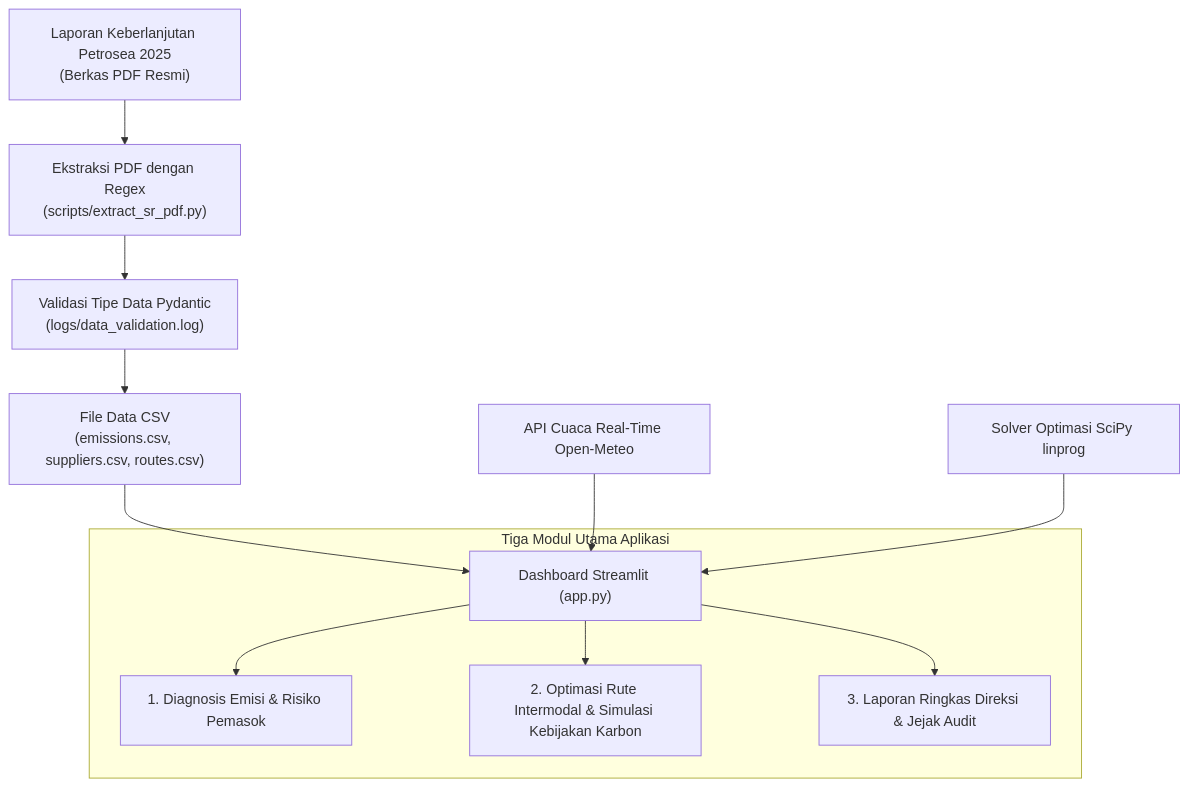
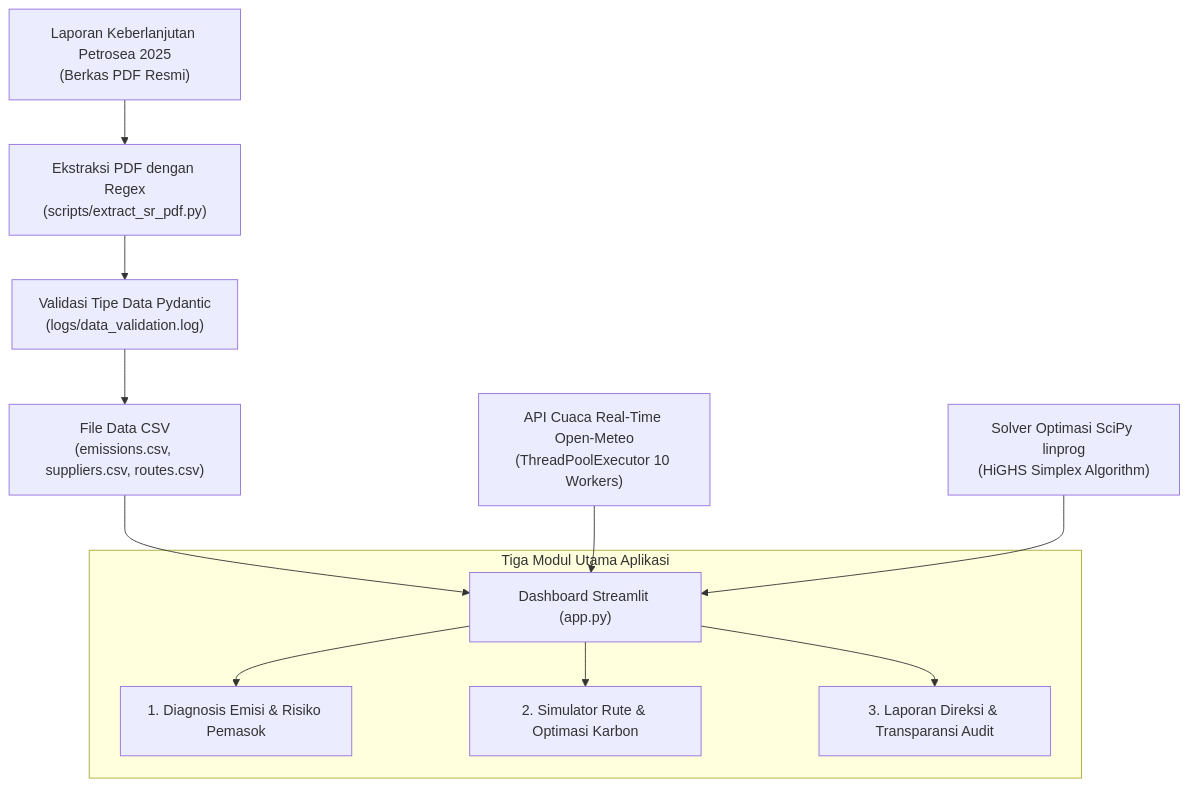
The diagram in README.md (sulthanbadarudinalkatiri/petrosea-ecologix), drawn with Mermaid before and after one commit. The commit also changed other lines of this file and 7 other files, not shown here.

````diff
--- a/README.md
+++ b/README.md
@@ -24,16 +26,16 @@
 ```mermaid
 flowchart TD
     A["Laporan Keberlanjutan Petrosea 2025<br/>(Berkas PDF Resmi)"] --> B["Ekstraksi PDF dengan Regex<br/>(scripts/extract_sr_pdf.py)"]
     B --> C["Validasi Tipe Data Pydantic<br/>(logs/data_validation.log)"]
     C --> D["File Data CSV<br/>(emissions.csv, suppliers.csv, routes.csv)"]
     
     D --> E["Dashboard Streamlit (app.py)"]
-    F["API Cuaca Real-Time Open-Meteo"] --> E
-    G["Solver Optimasi SciPy linprog"] --> E
+    F["API Cuaca Real-Time Open-Meteo<br/>(ThreadPoolExecutor 10 Workers)"] --> E
+    G["Solver Optimasi SciPy linprog<br/>(HiGHS Simplex Algorithm)"] --> E
     
     subgraph Tiga Modul Utama Aplikasi
         E --> Tab1["1. Diagnosis Emisi & Risiko Pemasok"]
-        E --> Tab2["2. Optimasi Rute Intermodal & Simulasi Kebijakan Karbon"]
-        E --> Tab3["3. Laporan Ringkas Direksi & Jejak Audit"]
+        E --> Tab2["2. Simulator Rute & Optimasi Karbon"]
+        E --> Tab3["3. Laporan Direksi & Transparansi Audit"]
     end
 ```
````
